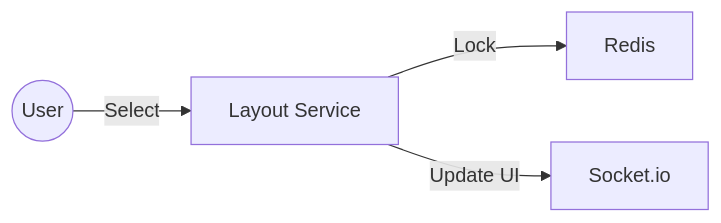
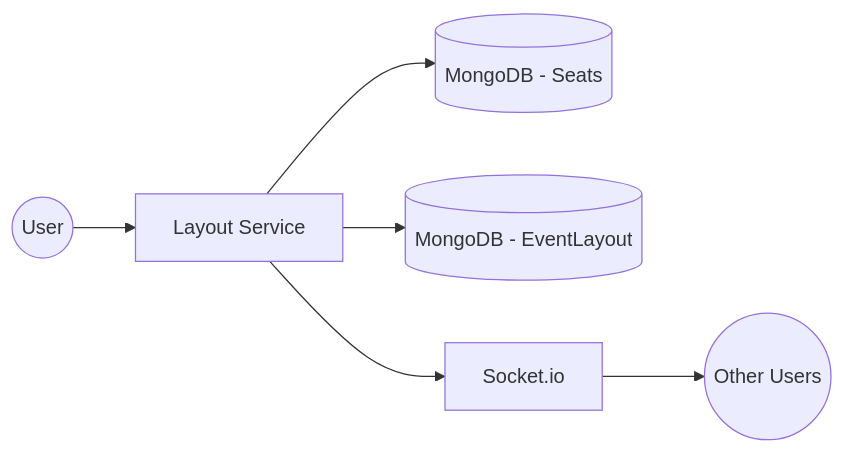
One commit to SDN-Group5/Event-Ticketing-Platform changed the fourth of 42 diagrams in doc/UML/Nam_BookingOrg.md. Above: the diagram before and after it, drawn with Mermaid. The commit also changed other lines of this file and 2 other files, not shown here.

````diff
--- a/doc/UML/Nam_BookingOrg.md
+++ b/doc/UML/Nam_BookingOrg.md
@@ -47,6 +85,8 @@
 ```mermaid
 graph LR
-    U((User)) -- Select --> L[Layout Service]
-    L -- Lock --> R[Redis]
-    L -- Update UI --> S[Socket.io]
+    U((User)) --> LS[Layout Service]
+    LS --> DB[(MongoDB - Seats)]
+    LS --> EL[(MongoDB - EventLayout)]
+    LS --> SK[Socket.io]
+    SK --> U2((Other Users))
 ```
````
